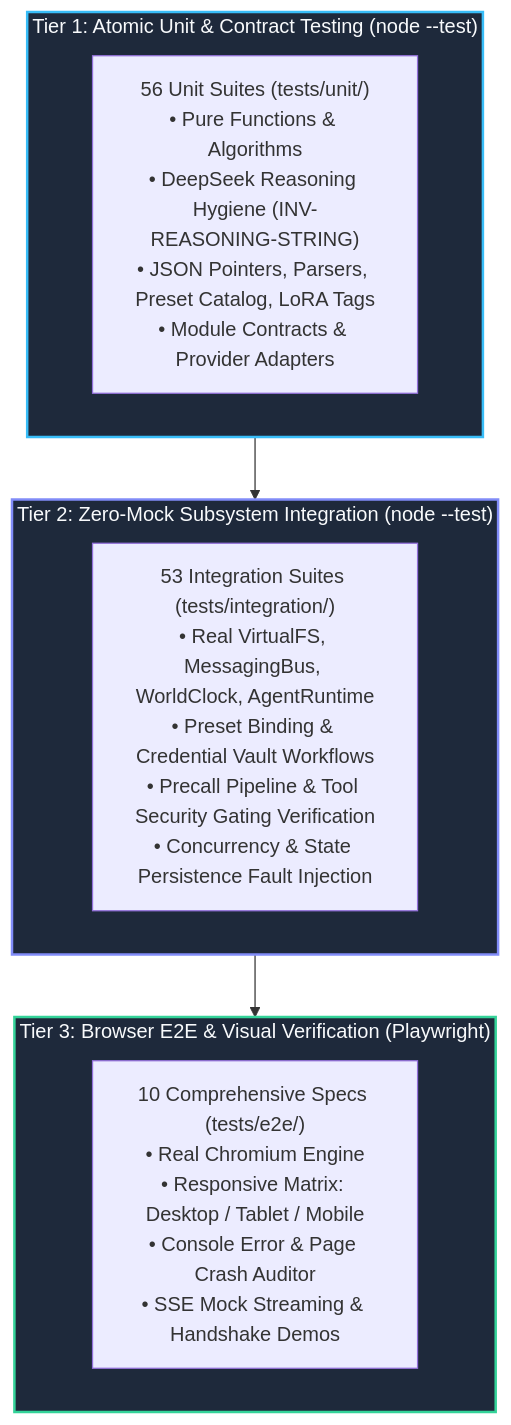
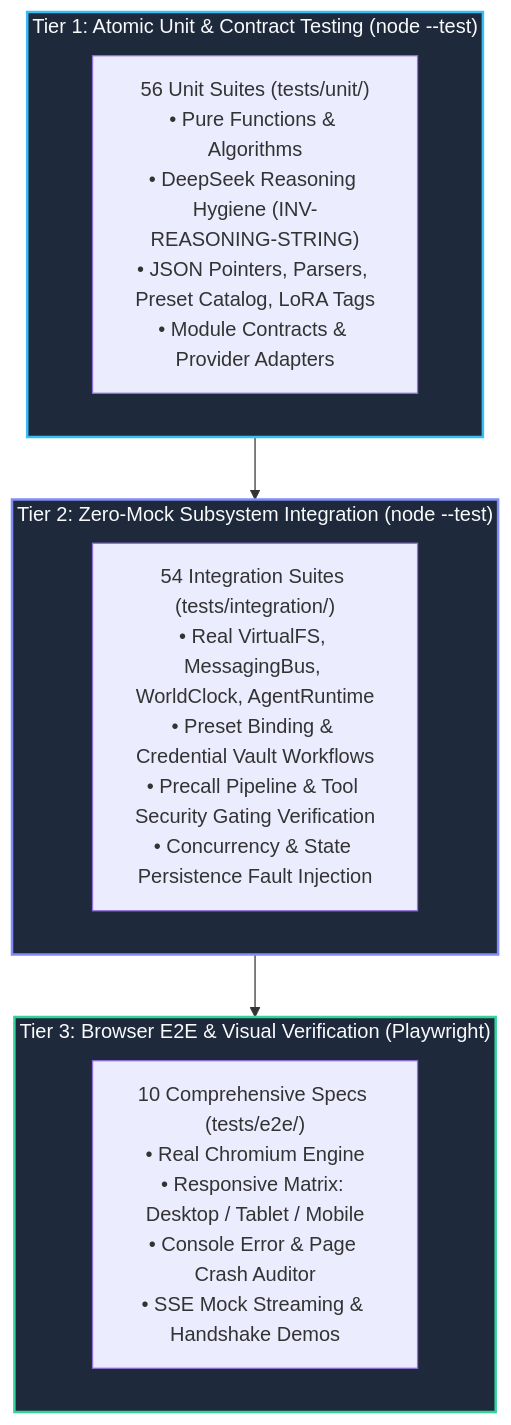
One commit to crestfallnafterdark/nightcurtain changed the first of 3 diagrams in docs/testing/testing_strategy.md. Above: the diagram before and after it, drawn with Mermaid. The commit also changed other lines of this file and 5 other files, not shown here.

````diff
--- a/docs/testing/testing_strategy.md
+++ b/docs/testing/testing_strategy.md
@@ -15,24 +15,24 @@
 ```mermaid
 graph TD
     subgraph L3["Tier 3: Browser E2E & Visual Verification (Playwright)"]
         E2E["10 Comprehensive Specs (tests/e2e/)<br/>• Real Chromium Engine<br/>• Responsive Matrix: Desktop / Tablet / Mobile<br/>• Console Error & Page Crash Auditor<br/>• SSE Mock Streaming & Handshake Demos"]
     end
 
     subgraph L2["Tier 2: Zero-Mock Subsystem Integration (node --test)"]
-        INT["53 Integration Suites (tests/integration/)<br/>• Real VirtualFS, MessagingBus, WorldClock, AgentRuntime<br/>• Preset Binding & Credential Vault Workflows<br/>• Precall Pipeline & Tool Security Gating Verification<br/>• Concurrency & State Persistence Fault Injection"]
+        INT["54 Integration Suites (tests/integration/)<br/>• Real VirtualFS, MessagingBus, WorldClock, AgentRuntime<br/>• Preset Binding & Credential Vault Workflows<br/>• Precall Pipeline & Tool Security Gating Verification<br/>• Concurrency & State Persistence Fault Injection"]
     end
 
     subgraph L1["Tier 1: Atomic Unit & Contract Testing (node --test)"]
         UNIT["56 Unit Suites (tests/unit/)<br/>• Pure Functions & Algorithms<br/>• DeepSeek Reasoning Hygiene (INV-REASONING-STRING)<br/>• JSON Pointers, Parsers, Preset Catalog, LoRA Tags<br/>• Module Contracts & Provider Adapters"]
     end
 
     L1 --> L2
     L2 --> L3
 
     classDef l1 fill:#1e293b,stroke:#38bdf8,stroke-width:2px,color:#f8fafc;
     classDef l2 fill:#1e293b,stroke:#818cf8,stroke-width:2px,color:#f8fafc;
     classDef l3 fill:#1e293b,stroke:#34d399,stroke-width:2px,color:#f8fafc;
     class L1 l1;
     class L2 l2;
     class L3 l3;
 ```
````
